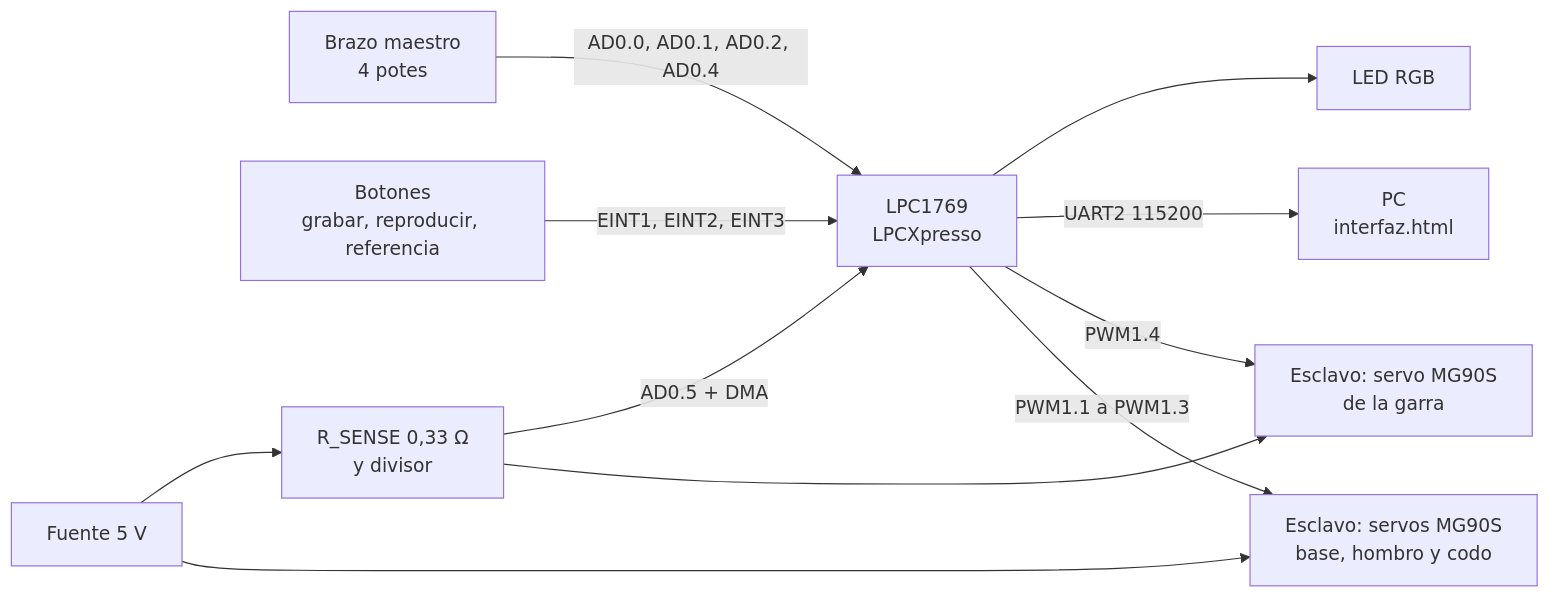
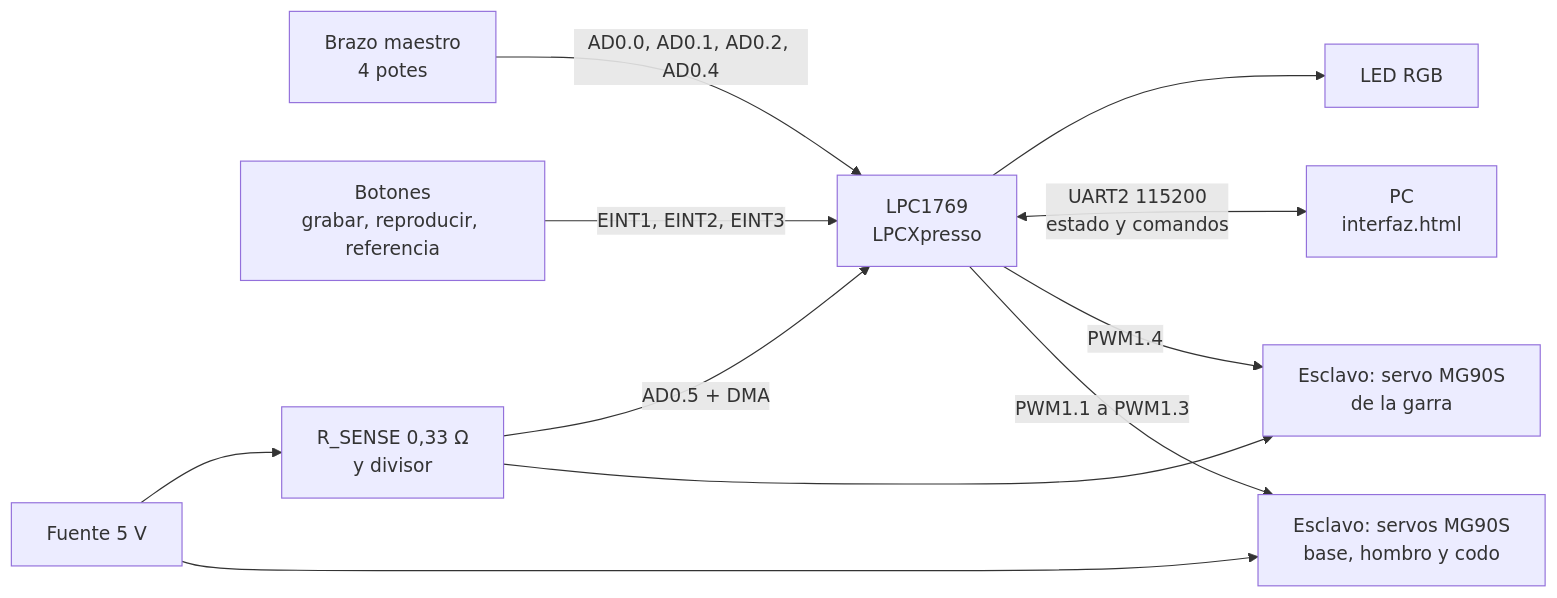
One commit to jeremiasV1vas/TPfinalDIGII-III changed the first of 2 diagrams in README.md. Above: the diagram before and after it, drawn with Mermaid. The commit also changed other lines of this file and 1 other file, not shown here.

````diff
--- a/README.md
+++ b/README.md
@@ -61,13 +74,13 @@
 ```mermaid
 flowchart LR
     M["Brazo maestro<br>4 potes"] -- "AD0.0, AD0.1, AD0.2, AD0.4" --> LPC["LPC1769<br>LPCXpresso"]
     B["Botones<br>grabar, reproducir, referencia"] -- "EINT1, EINT2, EINT3" --> LPC
     LPC -- "PWM1.1 a PWM1.3" --> E["Esclavo: servos MG90S<br>base, hombro y codo"]
     LPC -- "PWM1.4" --> G["Esclavo: servo MG90S<br>de la garra"]
     F["Fuente 5 V"] --> E
     F --> R["R_SENSE 0,33 Ω<br>y divisor"]
     R --> G
     R -- "AD0.5 + DMA" --> LPC
-    LPC -- "UART2 115200" --> PC["PC<br>interfaz.html"]
+    LPC <-->|"UART2 115200<br>estado y comandos"| PC["PC<br>interfaz.html"]
     LPC --> L["LED RGB"]
 ```
````
